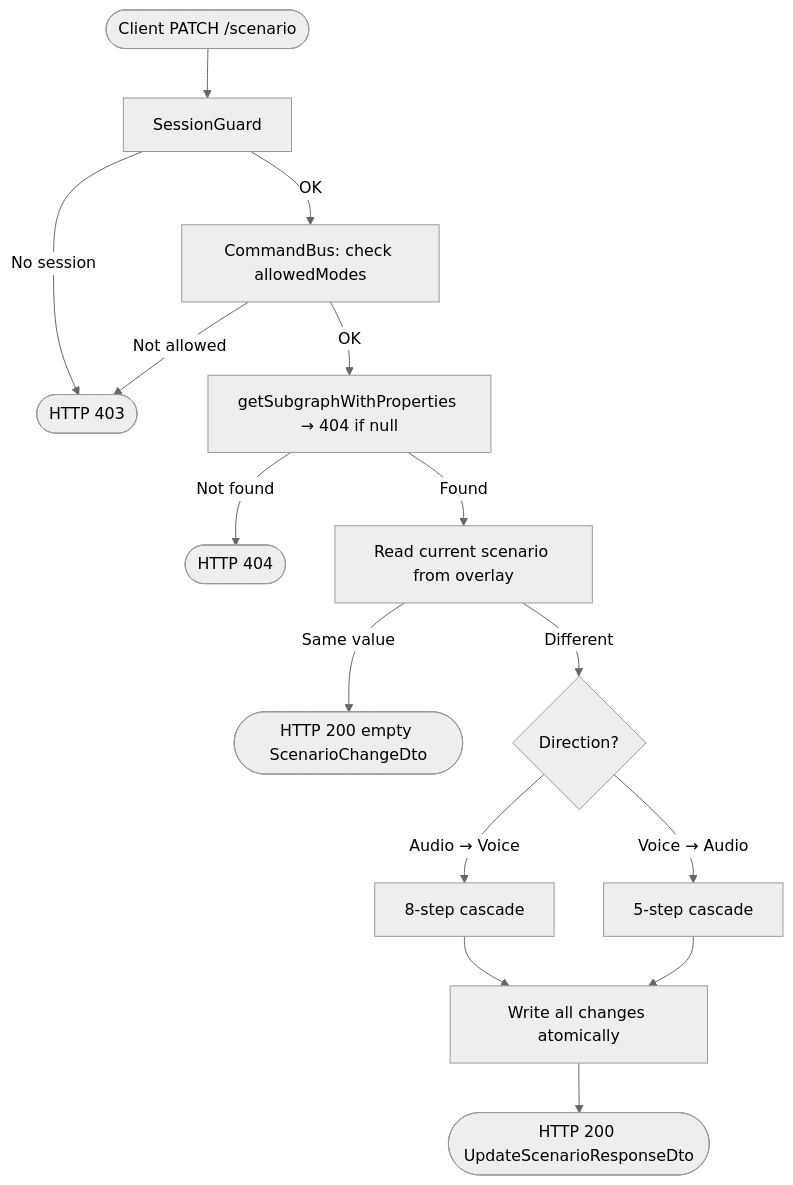
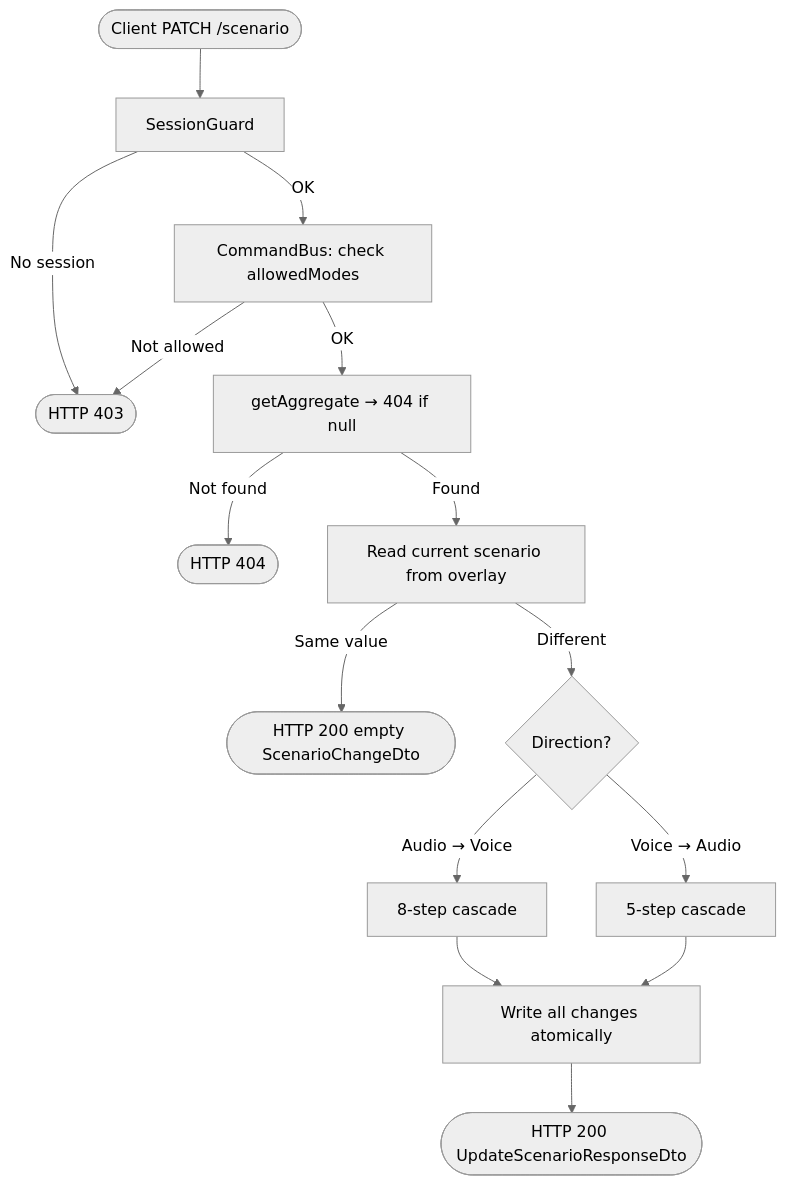
The diagram in docs/property-data/design/set-subgraph-scenario-design.md (AudioReach/audioreach-creator-backend), drawn with Mermaid (neutral theme) before and after one commit. The commit also changed other lines of this file and 82 other files, not shown here.

````diff
--- a/docs/property-data/design/set-subgraph-scenario-design.md
+++ b/docs/property-data/design/set-subgraph-scenario-design.md
@@ -61,17 +61,17 @@
 ```mermaid
 flowchart TD
     A([Client PATCH /scenario]) --> B[SessionGuard]
     B -->|No session| C([HTTP 403])
     B -->|OK| D[CommandBus: check allowedModes]
     D -->|Not allowed| C
-    D -->|OK| E[getSubgraphWithProperties → 404 if null]
+    D -->|OK| E[getAggregate → 404 if null]
     E -->|Not found| F([HTTP 404])
     E -->|Found| G[Read current scenario from overlay]
     G -->|Same value| H([HTTP 200 empty ScenarioChangeDto])
     G -->|Different| I{Direction?}
     I -->|Audio → Voice| J[8-step cascade]
     I -->|Voice → Audio| K[5-step cascade]
     J --> L[Write all changes atomically]
     K --> L
     L --> M([HTTP 200 UpdateScenarioResponseDto])
 ```
````
